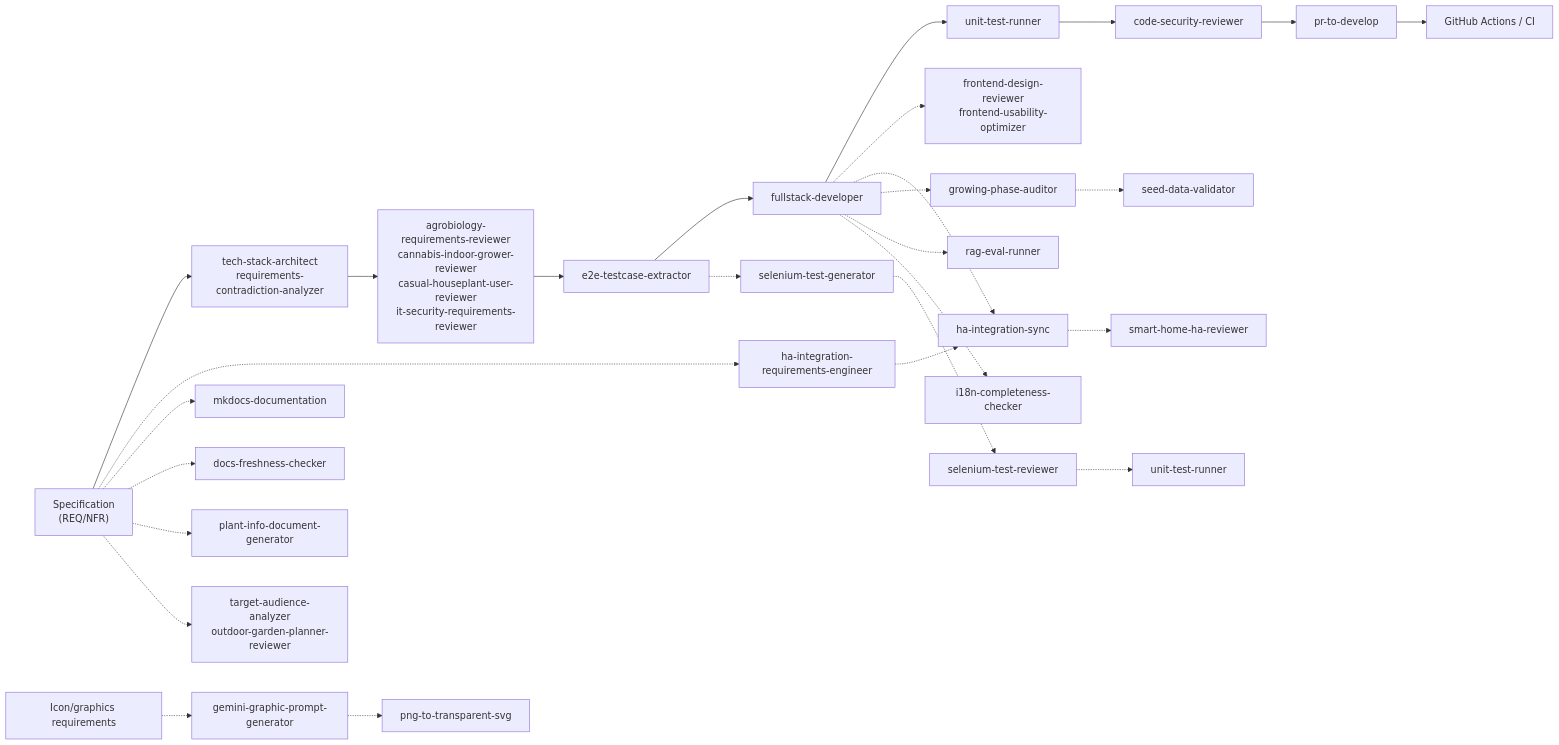
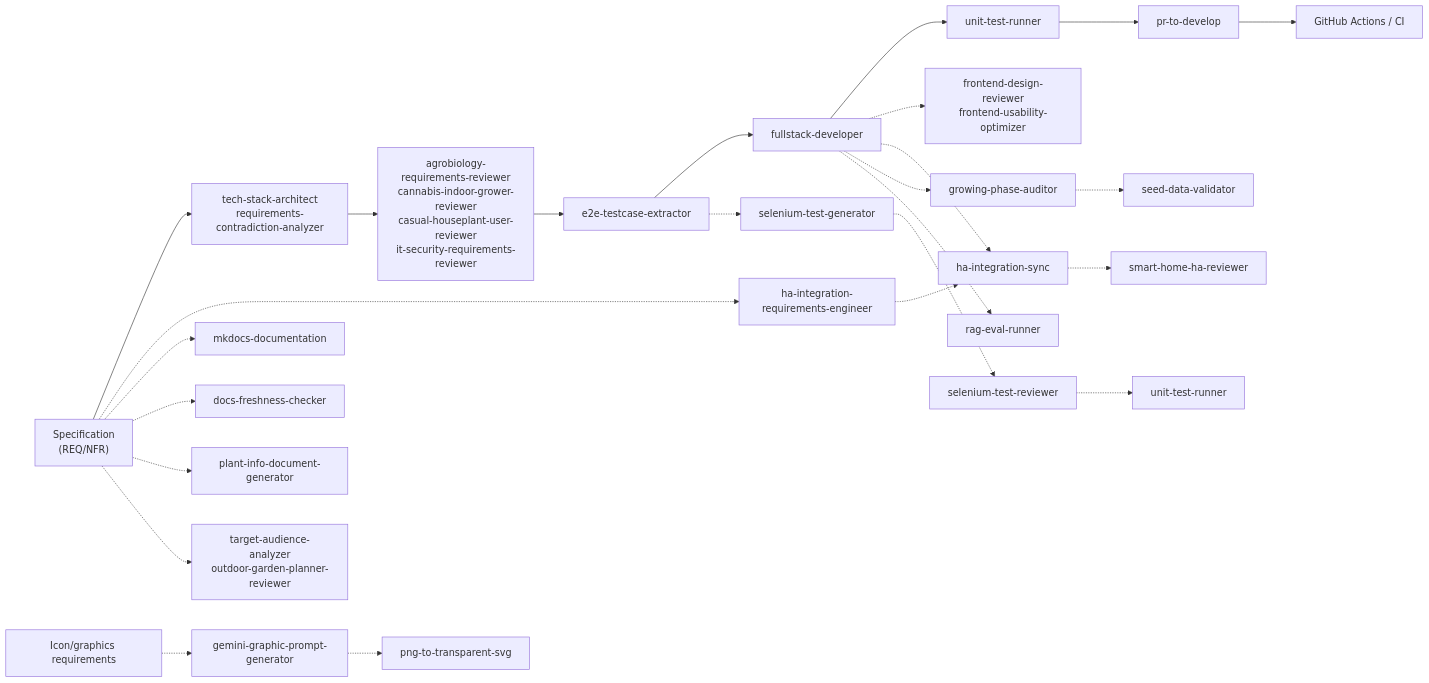
One commit to nolte/kamerplanter changed the diagram in docs/en/development/agent-catalog.md. Above: the diagram before and after it, drawn with Mermaid. The commit also changed other lines of this file and 7 other files, not shown here.

````diff
--- a/docs/en/development/agent-catalog.md
+++ b/docs/en/development/agent-catalog.md
@@ -858,35 +806,33 @@
 ```mermaid
 graph LR
     A["Specification<br/>(REQ/NFR)"] --> B["tech-stack-architect<br/>requirements-contradiction-analyzer"]
     B --> C["agrobiology-requirements-reviewer<br/>cannabis-indoor-grower-reviewer<br/>casual-houseplant-user-reviewer<br/>it-security-requirements-reviewer"]
     C --> D["e2e-testcase-extractor"]
     D --> E["fullstack-developer"]
     E --> F["unit-test-runner"]
-    F --> G["code-security-reviewer"]
-    G --> H["pr-to-develop"]
+    F --> H["pr-to-develop"]
     H --> I["GitHub Actions / CI"]
 
     E -.-> J["frontend-design-reviewer<br/>frontend-usability-optimizer"]
     E -.-> K["ha-integration-sync"]
     E -.-> L["growing-phase-auditor"]
     L -.-> M["seed-data-validator"]
 
     D -.-> N["selenium-test-generator"]
     N -.-> O["selenium-test-reviewer"]
     O -.-> P["unit-test-runner"]
 
     A -.-> Q["ha-integration-requirements-engineer"]
     Q -.-> K
     K -.-> R["smart-home-ha-reviewer"]
 
     E -.-> RAG["rag-eval-runner"]
-    E -.-> I18N["i18n-completeness-checker"]
 
     A -.-> S["mkdocs-documentation"]
     A -.-> FRESH["docs-freshness-checker"]
     A -.-> T["plant-info-document-generator"]
     A -.-> U["target-audience-analyzer<br/>outdoor-garden-planner-reviewer"]
 
     V["Icon/graphics requirements"] -.-> W["gemini-graphic-prompt-generator"]
     W -.-> X["png-to-transparent-svg"]
 ```
````
